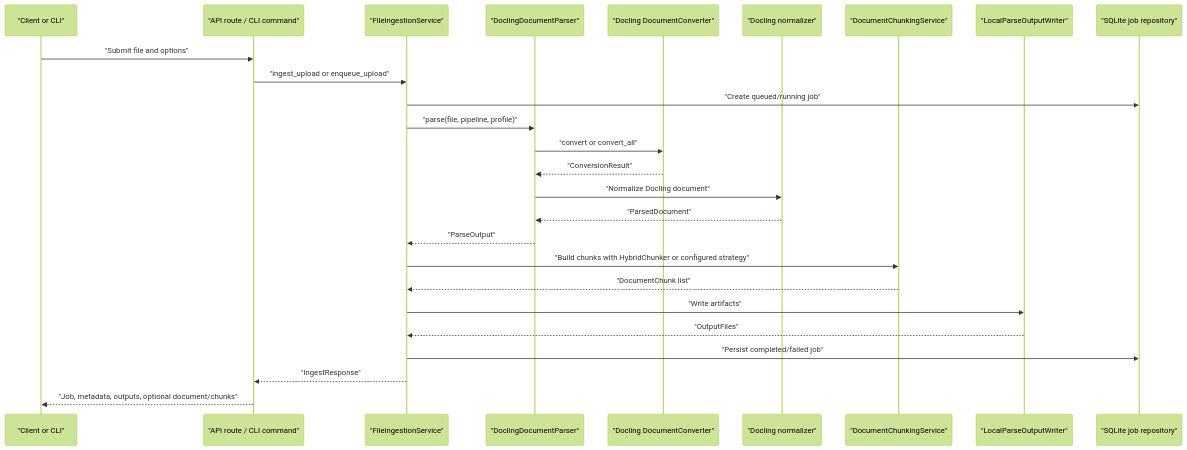
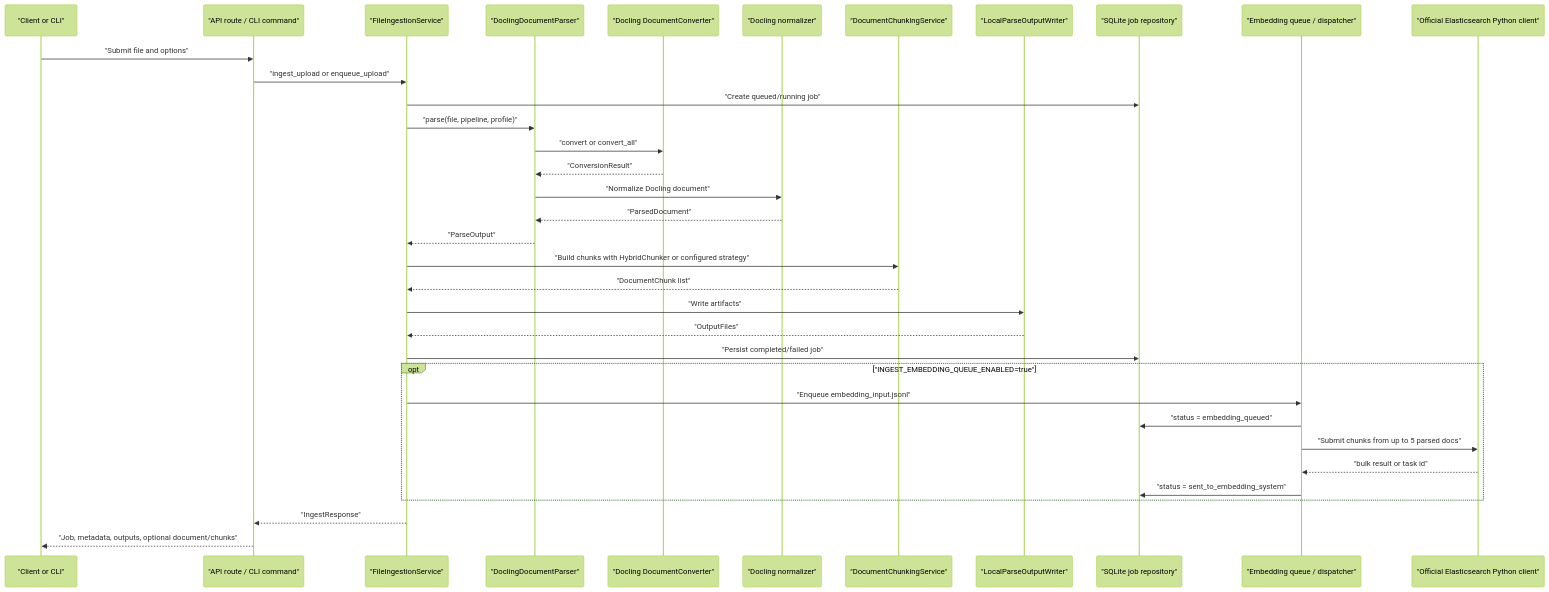
The third of 7 diagrams in docs/architecture-diagram.md (alrolo3/ingest-orquestator-service), drawn with Mermaid (forest theme) before and after one commit. The commit also changed other lines of this file and 35 other files, not shown here.

Commit message:
Implement elastic embedding handoff

````diff
--- a/docs/architecture-diagram.md
+++ b/docs/architecture-diagram.md
@@ -101,29 +112,38 @@
 ```mermaid
 sequenceDiagram
     participant Client as "Client or CLI"
     participant Route as "API route / CLI command"
     participant Ingestion as "FileIngestionService"
     participant Parser as "DoclingDocumentParser"
     participant Converter as "Docling DocumentConverter"
     participant Normalizer as "Docling normalizer"
     participant Chunker as "DocumentChunkingService"
     participant Writer as "LocalParseOutputWriter"
     participant Jobs as "SQLite job repository"
+    participant EmbQueue as "Embedding queue / dispatcher"
+    participant Elastic as "Official Elasticsearch Python client"
 
     Client->>Route: "Submit file and options"
     Route->>Ingestion: "ingest_upload or enqueue_upload"
     Ingestion->>Jobs: "Create queued/running job"
     Ingestion->>Parser: "parse(file, pipeline, profile)"
     Parser->>Converter: "convert or convert_all"
     Converter-->>Parser: "ConversionResult"
     Parser->>Normalizer: "Normalize Docling document"
     Normalizer-->>Parser: "ParsedDocument"
     Parser-->>Ingestion: "ParseOutput"
     Ingestion->>Chunker: "Build chunks with HybridChunker or configured strategy"
     Chunker-->>Ingestion: "DocumentChunk list"
     Ingestion->>Writer: "Write artifacts"
     Writer-->>Ingestion: "OutputFiles"
     Ingestion->>Jobs: "Persist completed/failed job"
+    opt "INGEST_EMBEDDING_QUEUE_ENABLED=true"
+        Ingestion->>EmbQueue: "Enqueue embedding_input.jsonl"
+        EmbQueue->>Jobs: "status = embedding_queued"
+        EmbQueue->>Elastic: "Submit chunks from up to 5 parsed docs"
+        Elastic-->>EmbQueue: "bulk result or task id"
+        EmbQueue->>Jobs: "status = sent_to_embedding_system"
+    end
     Ingestion-->>Route: "IngestResponse"
     Route-->>Client: "Job, metadata, outputs, optional document/chunks"
 ```
````
